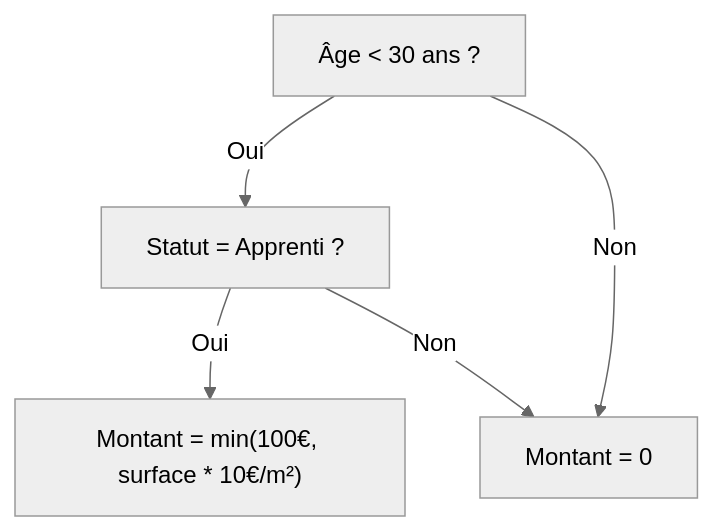
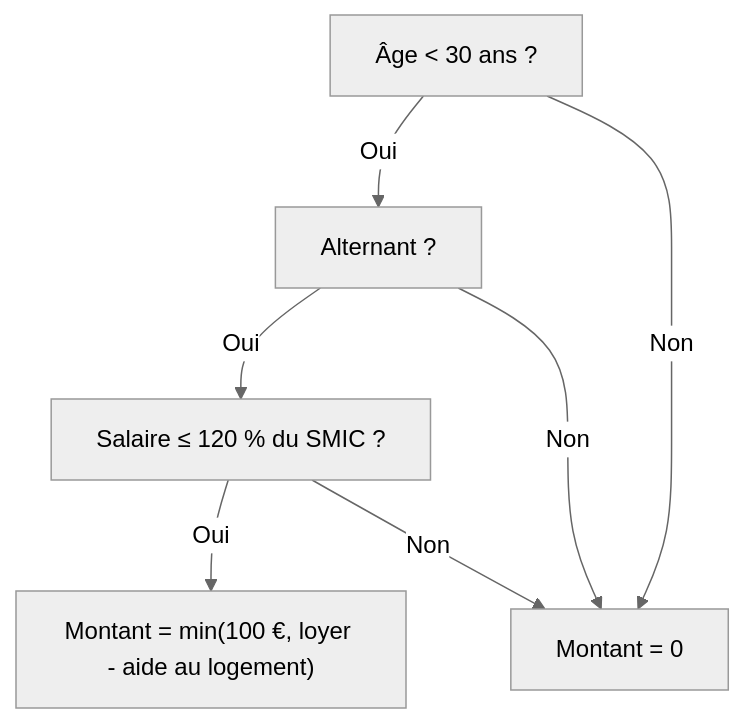
One commit to betagouv/aides-simplifiees-docs changed the diagram in docs/02_simulateurs/05_passer-en-code.md. Above: the diagram before and after it, drawn with Mermaid (neutral theme). The commit also changed other lines of this file and 10 other files, not shown here.

````diff
--- a/docs/02_simulateurs/05_passer-en-code.md
+++ b/docs/02_simulateurs/05_passer-en-code.md
@@ -39,7 +39,9 @@
 ```mermaid
 graph TD
-    A["Âge < 30 ans ?"] -->|"Oui"| B["Statut = Apprenti ?"]
-    B -->|"Oui"| C["Montant = min(100€, surface * 10€/m²)"]
-    B -->|"Non"| D["Montant = 0"]
+    A["Âge < 30 ans ?"] -->|"Oui"| B["Alternant ?"]
+    B -->|"Oui"| S["Salaire ≤ 120 % du SMIC ?"]
+    S -->|"Oui"| C["Montant = min(100 €, loyer - aide au logement)"]
+    S -->|"Non"| D["Montant = 0"]
+    B -->|"Non"| D
     A -->|"Non"| D
 ```
````
